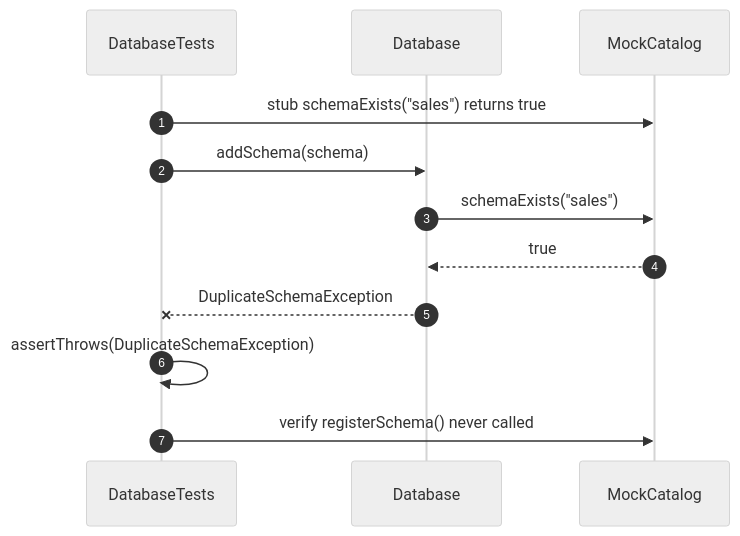
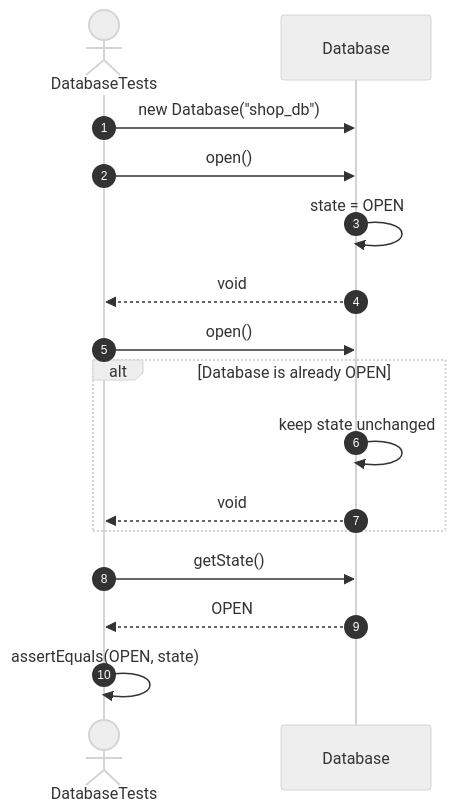
The ninth of 41 diagrams in src/tests/unit/database/sequences/database-testing.se.md (FhuAnn/-bbv-AN-s-DBMS), drawn with Mermaid (neutral theme) before and after one commit. The commit also changed other lines of this file and 60 other files, not shown here.

````diff
--- a/src/tests/unit/database/sequences/database-testing.se.md
+++ b/src/tests/unit/database/sequences/database-testing.se.md
@@ -212,19 +221,25 @@
 ```mermaid
 sequenceDiagram
     autonumber
 
-    participant Test as DatabaseTests
-    participant Database
-    participant Catalog as MockCatalog
+    actor Test as DatabaseTests
+    participant DB as Database
 
-    Test->>Catalog: stub schemaExists("sales") returns true
-    Test->>Database: addSchema(schema)
+    Test->>DB: new Database("shop_db")
 
-    Database->>Catalog: schemaExists("sales")
-    Catalog-->>Database: true
+    Test->>DB: open()
+    DB->>DB: state = OPEN
+    DB-->>Test: void
 
-    Database--xTest: DuplicateSchemaException
+    Test->>DB: open()
 
-    Test->>Test: assertThrows(DuplicateSchemaException)
-    Test->>Catalog: verify registerSchema() never called
+    alt Database is already OPEN
+        DB->>DB: keep state unchanged
+        DB-->>Test: void
+    end
+
+    Test->>DB: getState()
+    DB-->>Test: OPEN
+
+    Test->>Test: assertEquals(OPEN, state)
 ```
````
